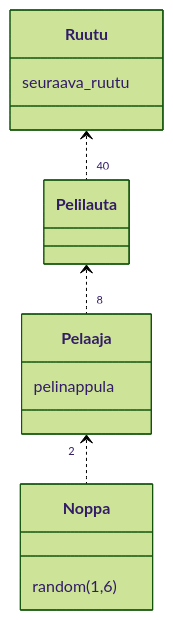
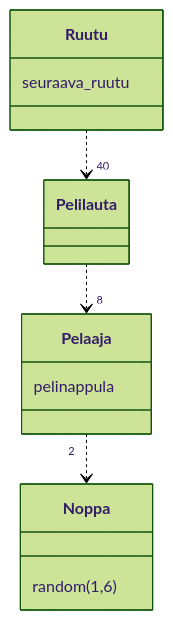
One commit to VehvilainenPooki/OTProjekti changed the diagram in laskarit/viikko3/UML.md. Above: the diagram before and after it, drawn with Mermaid (forest theme).

````diff
--- a/laskarit/viikko3/UML.md
+++ b/laskarit/viikko3/UML.md
@@ -4,18 +4,18 @@
 ```mermaid
  classDiagram
-      Pelaaja "2" <.. Noppa
-      Pelilauta <.. "8" Pelaaja
-      Ruutu <.. "40" Pelilauta
+      Pelaaja "2" ..> Noppa
+      Pelilauta ..> "8" Pelaaja
+      Ruutu ..> "40" Pelilauta
       
       class Ruutu{
           seuraava_ruutu
       }
       class Pelilauta{
       }
       class Pelaaja{
           pelinappula
       }
       class Noppa{
           random(1,6)
       }
 ```
````
